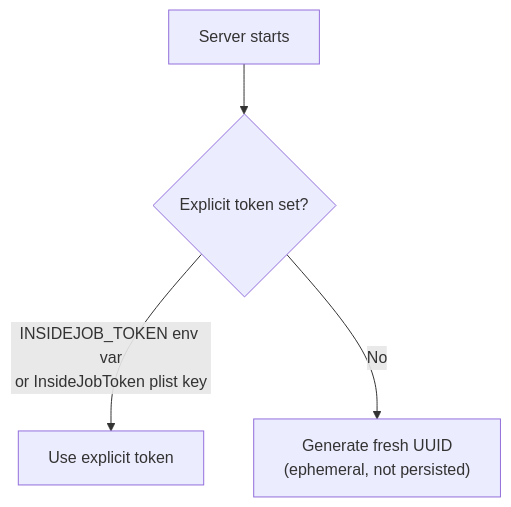
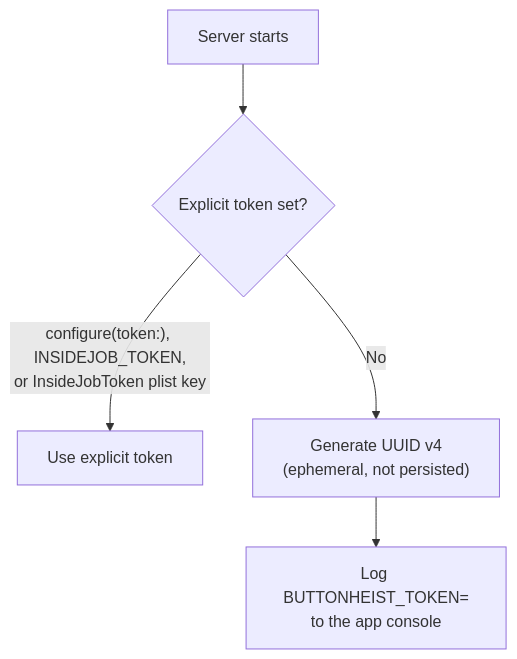
One commit to RoyalPineapple/TheButtonHeist changed the first of 3 diagrams in docs/AUTH.md. Above: the diagram before and after it, drawn with Mermaid. The commit also changed other lines of this file and 71 other files, not shown here.

````diff
--- a/docs/AUTH.md
+++ b/docs/AUTH.md
@@ -49,6 +52,7 @@
 ```mermaid
 flowchart TD
     Start["Server starts"] --> Check1{"Explicit token set?"}
-    Check1 -->|"INSIDEJOB_TOKEN env var<br/>or InsideJobToken plist key"| Explicit["Use explicit token"]
-    Check1 -->|No| Generate["Generate fresh UUID<br/>(ephemeral, not persisted)"]
+    Check1 -->|"configure(token:), INSIDEJOB_TOKEN,<br/>or InsideJobToken plist key"| Explicit["Use explicit token"]
+    Check1 -->|No| Generate["Generate UUID v4<br/>(ephemeral, not persisted)"]
+    Generate --> Log["Log BUTTONHEIST_TOKEN=<uuid><br/>to the app console"]
 ```
````
